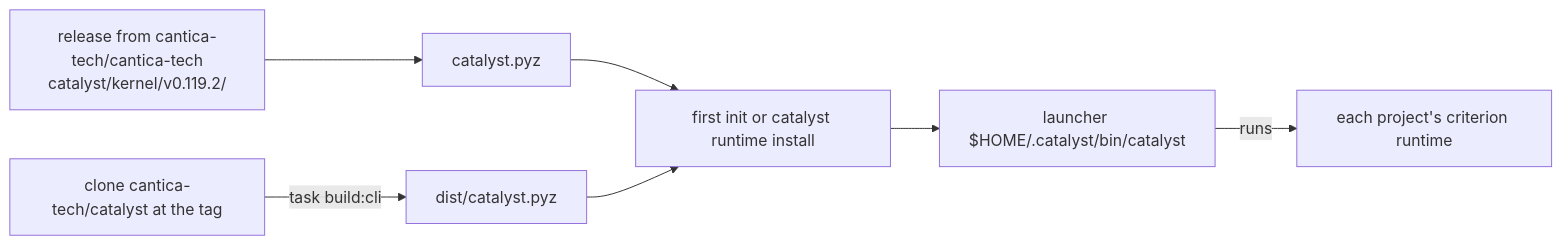
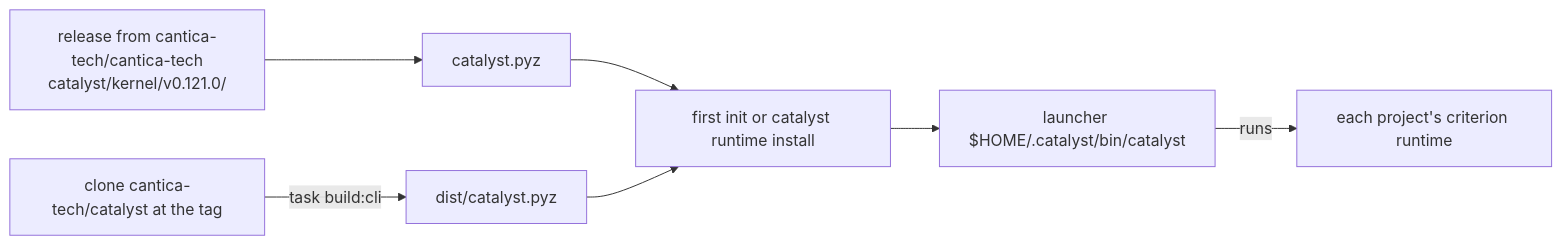
The sixth of 16 diagrams in docs/guide/manual/00-overview-and-runbook.md (cantica-tech/catalyst-docs), drawn with Mermaid before and after one commit. The commit also changed other lines of this file and 9 other files, not shown here.

````diff
--- a/docs/guide/manual/00-overview-and-runbook.md
+++ b/docs/guide/manual/00-overview-and-runbook.md
@@ -241,9 +255,9 @@
 ```mermaid
 flowchart LR
-  Rel["release from cantica-tech/cantica-tech<br/>catalyst/kernel/v0.119.2/"] --> Pyz["catalyst.pyz"]
+  Rel["release from cantica-tech/cantica-tech<br/>catalyst/kernel/v0.121.0/"] --> Pyz["catalyst.pyz"]
   Src["clone cantica-tech/catalyst at the tag"] -- "task build:cli" --> Dist["dist/catalyst.pyz"]
   Pyz --> First["first init or catalyst runtime install"]
   Dist --> First
   First --> Launcher["launcher $HOME/.catalyst/bin/catalyst"]
   Launcher -- "runs" --> Venv["each project's criterion runtime"]
 ```
````
